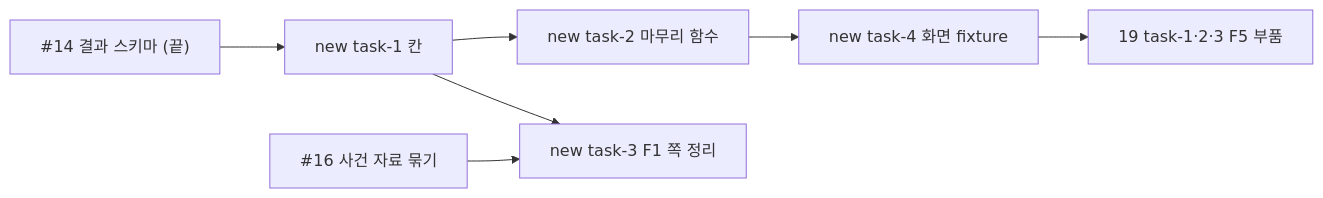
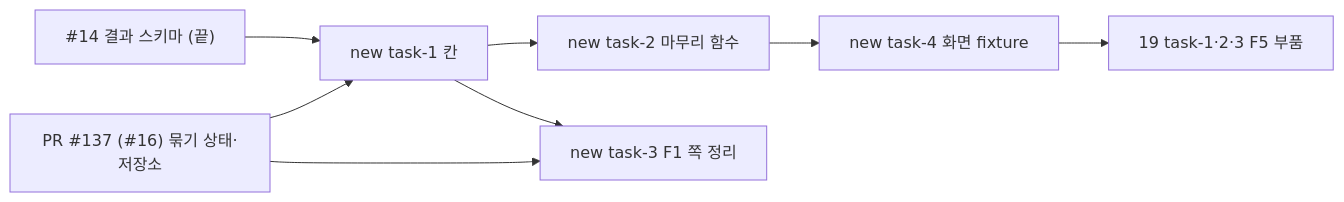
One commit to merge-mates/patent-ai-workspace changed the first of 3 diagrams in docs/features/F5/tasks.md. Above: the diagram before and after it, drawn with Mermaid. The commit also changed other lines of this file and 1 other file, not shown here.

````diff
--- a/docs/features/F5/tasks.md
+++ b/docs/features/F5/tasks.md
@@ -15,9 +15,10 @@
 ```mermaid
 graph LR
     I14["#14 결과 스키마 (끝)"] --> N1["new task-1 칸"]
     N1 --> N2["new task-2 마무리 함수"]
     N2 --> N4["new task-4 화면 fixture"]
-    I16["#16 사건 자료 묶기"] --> N3["new task-3 F1 쪽 정리"]
+    I16["PR #137 (#16) 묶기 상태·저장소"] --> N1
+    I16 --> N3["new task-3 F1 쪽 정리"]
     N1 --> N3
     N4 --> W1["19 task-1·2·3 F5 부품"]
 ```
````
